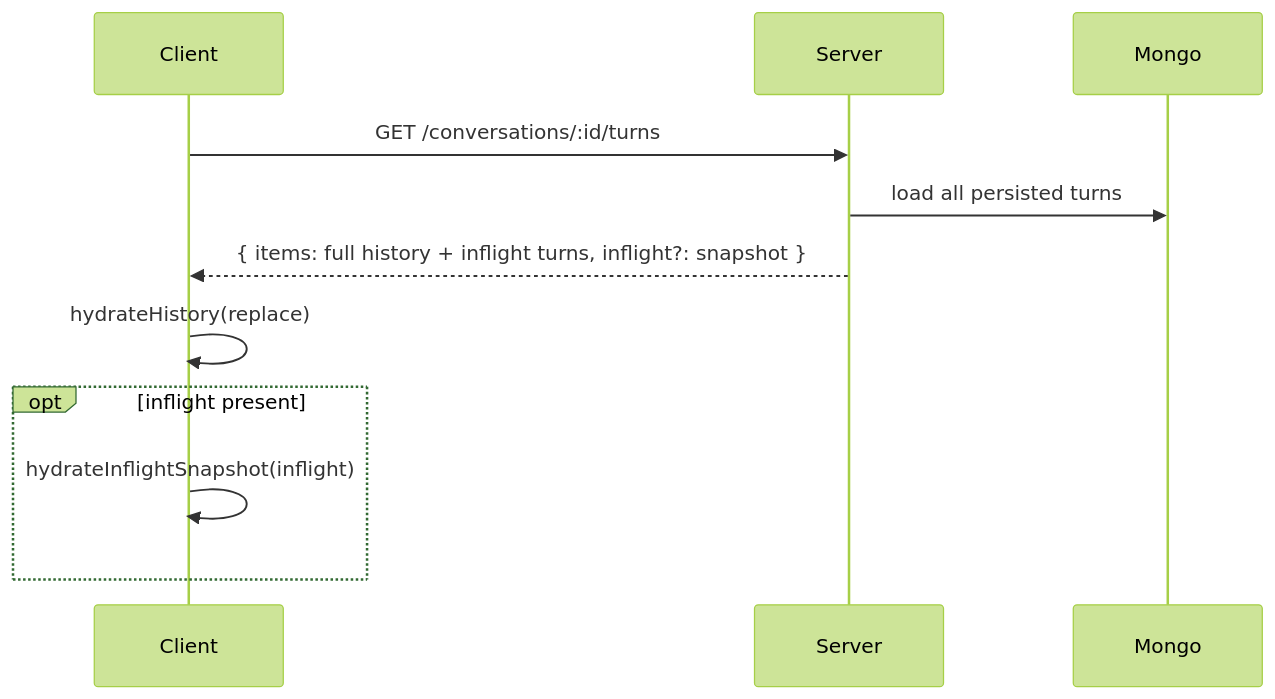
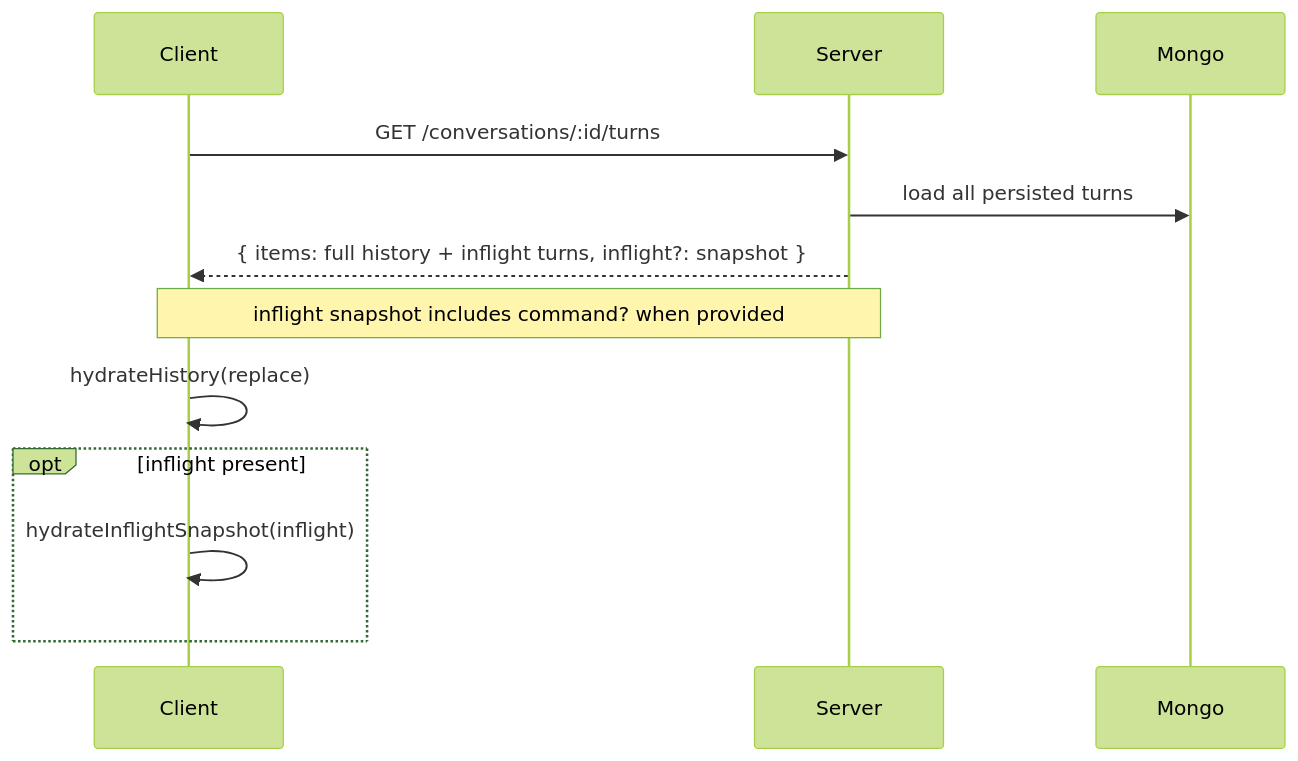
Before and after one commit to Chargeuk/codeInfo2: the eighth of 57 diagrams in design.md, drawn with Mermaid (forest theme). The commit also changed other lines of this file and 7 other files, not shown here.

````diff
--- a/design.md
+++ b/design.md
@@ -230,14 +230,15 @@
 ```mermaid
 sequenceDiagram
   participant Client
   participant Server
   participant Mongo
 
   Client->>Server: GET /conversations/:id/turns
   Server->>Mongo: load all persisted turns
   Server-->>Client: { items: full history + inflight turns, inflight?: snapshot }
+  Note over Server,Client: inflight snapshot includes command? when provided
   Client->>Client: hydrateHistory(replace)
   opt inflight present
     Client->>Client: hydrateInflightSnapshot(inflight)
   end
 ```
````
